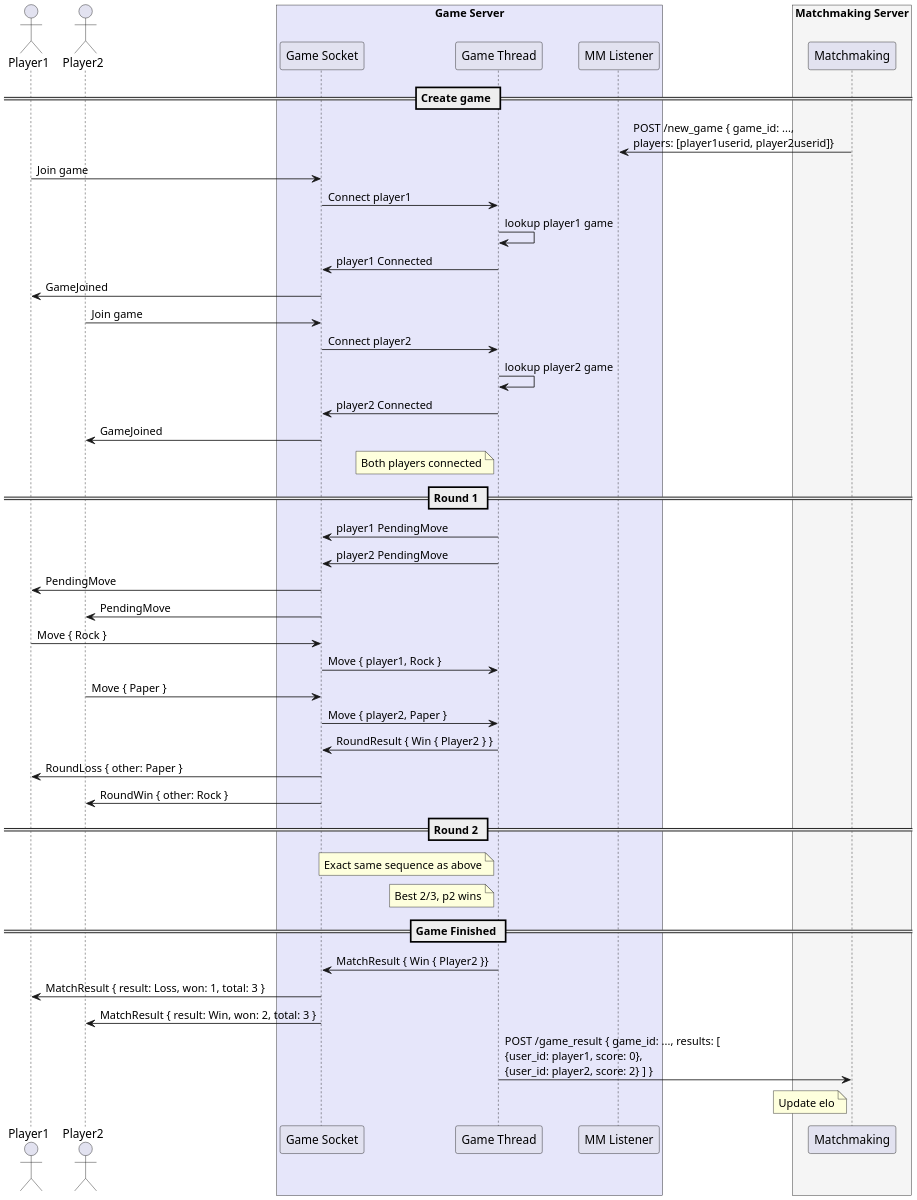
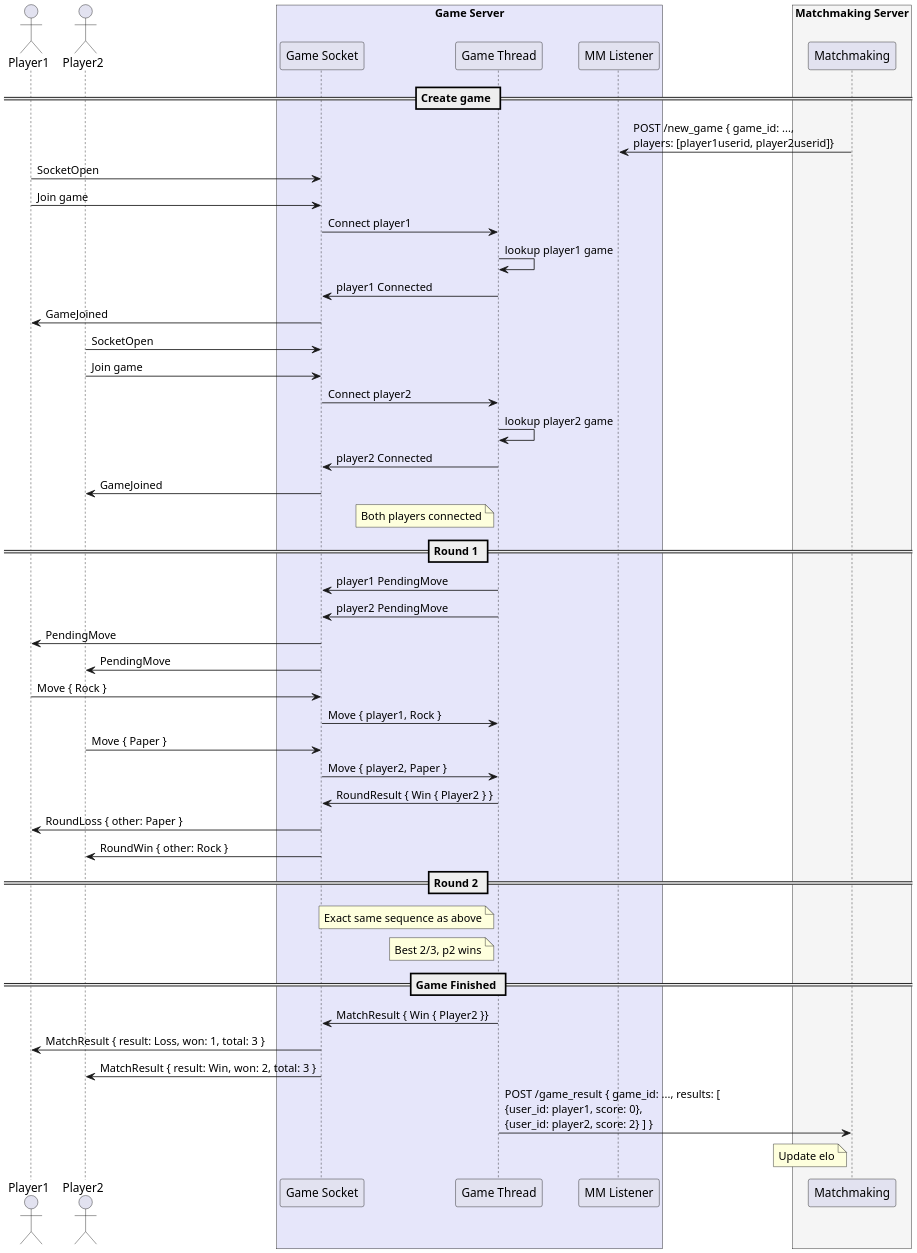
One commit to jonathancyu/websocket-game-server changed the diagram in docs/game_sequence.puml. Above: the diagram before and after it, drawn with PlantUML.

Commit message:
chore: updated sequence diagram to new spec

```diff
--- a/docs/game_sequence.puml
+++ b/docs/game_sequence.puml
@@ -1,57 +1,59 @@
 @startuml
 scale 2
 actor "Player1" as p1
 actor "Player2" as p2
 box "Game Server" #Lavender
     participant "Game Socket" as socket
     participant "Game Thread" as thread
     participant "MM Listener" as mm_listener
 end box
 box "Matchmaking Server" #WhiteSmoke
     participant "Matchmaking" as mm
 end box
 
 
 == Create game ==
 mm_listener <- mm : POST /new_game { game_id: ..., \nplayers: [player1userid, player2userid]}
+p1 -> socket : SocketOpen
 p1 -> socket : Join game
 socket -> thread : Connect player1
 thread -> thread : lookup player1 game
 socket <- thread : player1 Connected
 p1 <- socket : GameJoined
 
+p2 -> socket : SocketOpen
 p2 -> socket : Join game
 socket -> thread : Connect player2
 thread -> thread : lookup player2 game
 socket <- thread : player2 Connected
 p2 <- socket : GameJoined
 note left thread : Both players connected
 
 == Round 1 ==
 socket <- thread : player1 PendingMove
 socket <- thread : player2 PendingMove
 p1 <- socket : PendingMove
 p2 <- socket : PendingMove
 p1 -> socket : Move { Rock }
 socket -> thread : Move { player1, Rock }
 p2 -> socket : Move { Paper }
 socket -> thread : Move { player2, Paper }
 socket <- thread : RoundResult { Win { Player2 } }
 p1 <- socket : RoundLoss { other: Paper }
 p2 <- socket : RoundWin { other: Rock }
 
 == Round 2 ==
 note left thread : Exact same sequence as above
 note left thread : Best 2/3, p2 wins
 
 == Game Finished ==
 socket <- thread : MatchResult { Win { Player2 }}
 p1 <- socket : MatchResult { result: Loss, won: 1, total: 3 }
 p2 <- socket : MatchResult { result: Win, won: 2, total: 3 }
 thread -> mm : POST /game_result { game_id: ..., results: [ \n{user_id: player1, score: 0}, \n{user_id: player2, score: 2} ] }
 note left mm : Update elo
 
 
 
 
 @enduml
```
